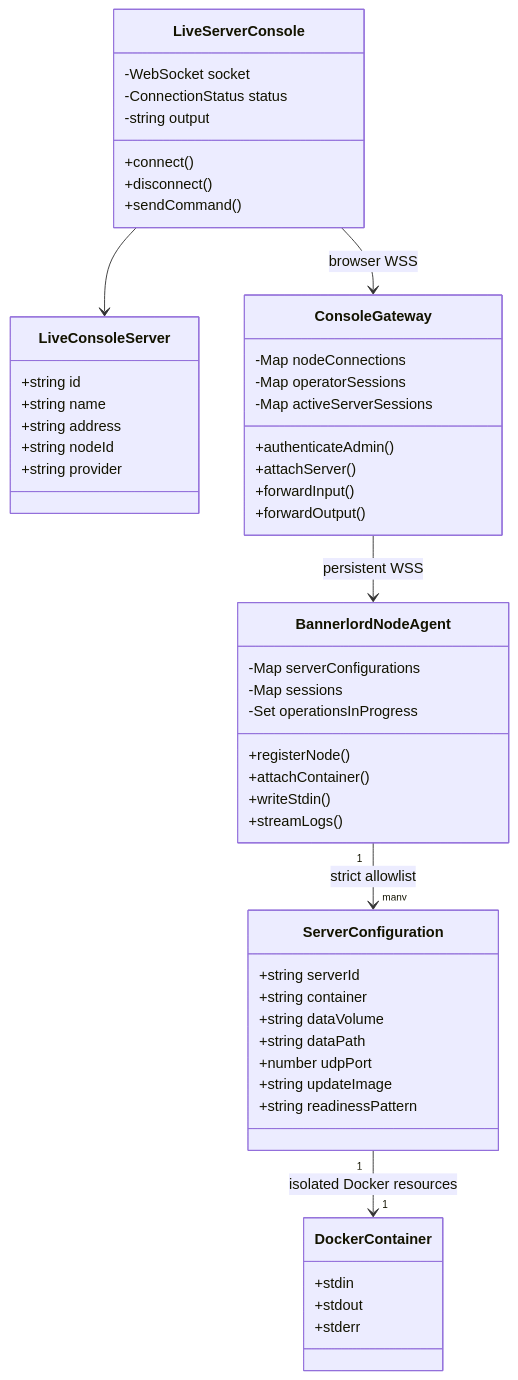
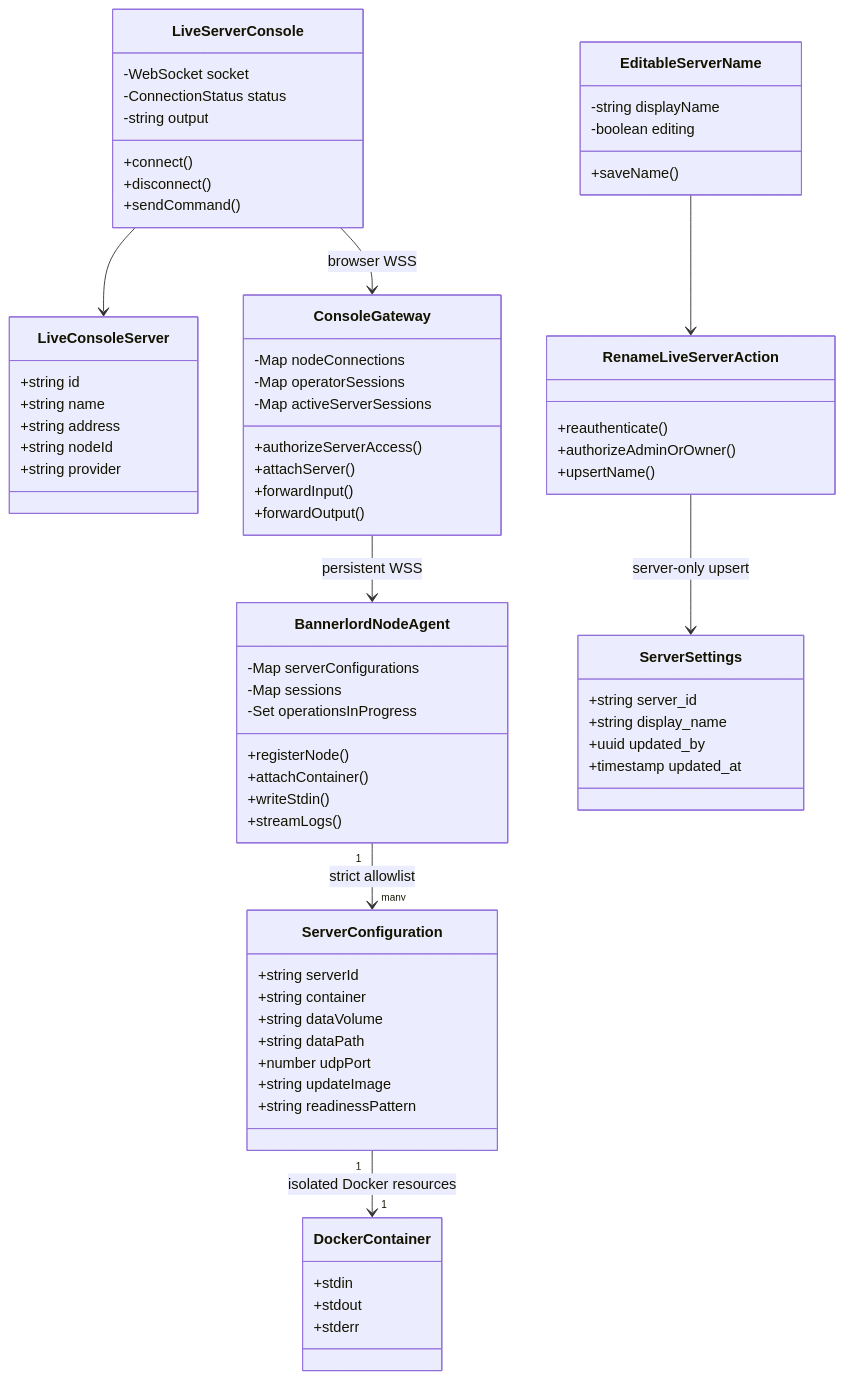
The first of 2 diagrams in docs/live-server-console-design.md (Bannerlord-Coop-Team/BannerlordCoop-website), drawn with Mermaid before and after one commit. The commit also changed other lines of this file and 31 other files, not shown here.

Commit message:
Unify live server management

````diff
--- a/docs/live-server-console-design.md
+++ b/docs/live-server-console-design.md
@@ -25,56 +31,74 @@
 ```mermaid
 classDiagram
     class LiveConsoleServer {
         +string id
         +string name
         +string address
         +string nodeId
         +string provider
     }
     class LiveServerConsole {
         -WebSocket socket
         -ConnectionStatus status
         -string output
         +connect()
         +disconnect()
         +sendCommand()
     }
+    class EditableServerName {
+        -string displayName
+        -boolean editing
+        +saveName()
+    }
+    class RenameLiveServerAction {
+        +reauthenticate()
+        +authorizeAdminOrOwner()
+        +upsertName()
+    }
+    class ServerSettings {
+        +string server_id
+        +string display_name
+        +uuid updated_by
+        +timestamp updated_at
+    }
     class ConsoleGateway {
         -Map nodeConnections
         -Map operatorSessions
         -Map activeServerSessions
-        +authenticateAdmin()
+        +authorizeServerAccess()
         +attachServer()
         +forwardInput()
         +forwardOutput()
     }
     class BannerlordNodeAgent {
         -Map serverConfigurations
         -Map sessions
         -Set operationsInProgress
         +registerNode()
         +attachContainer()
         +writeStdin()
         +streamLogs()
     }
     class ServerConfiguration {
         +string serverId
         +string container
         +string dataVolume
         +string dataPath
         +number udpPort
         +string updateImage
         +string readinessPattern
     }
     class DockerContainer {
         +stdin
         +stdout
         +stderr
     }
 
     LiveServerConsole --> LiveConsoleServer
+    EditableServerName --> RenameLiveServerAction
+    RenameLiveServerAction --> ServerSettings : server-only upsert
     LiveServerConsole --> ConsoleGateway : browser WSS
     ConsoleGateway --> BannerlordNodeAgent : persistent WSS
     BannerlordNodeAgent "1" --> "many" ServerConfiguration : strict allowlist
     ServerConfiguration "1" --> "1" DockerContainer : isolated Docker resources
 ```
````
